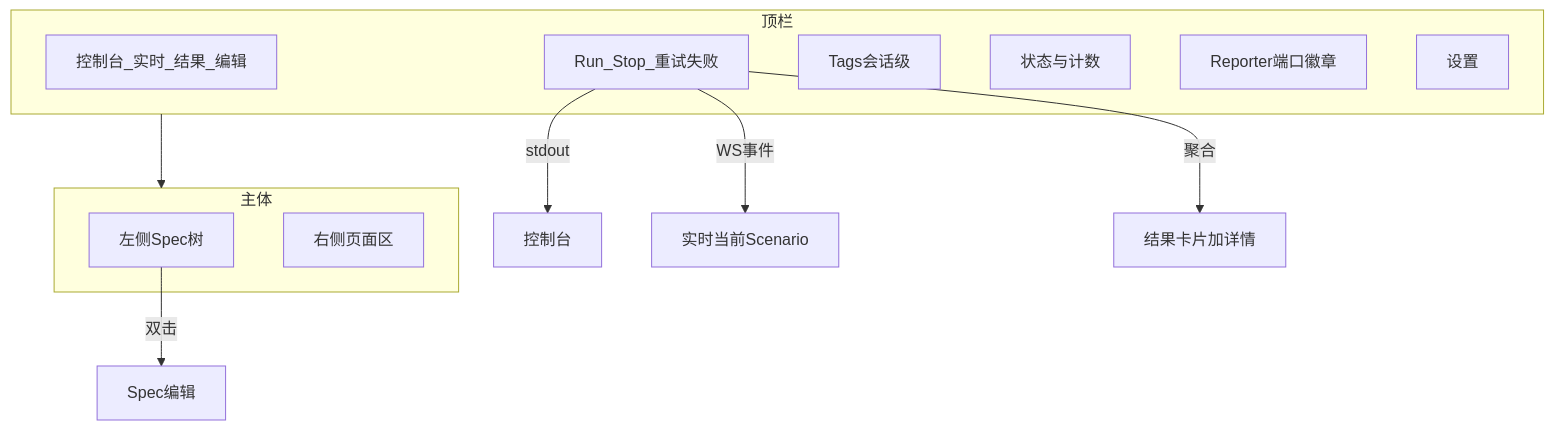
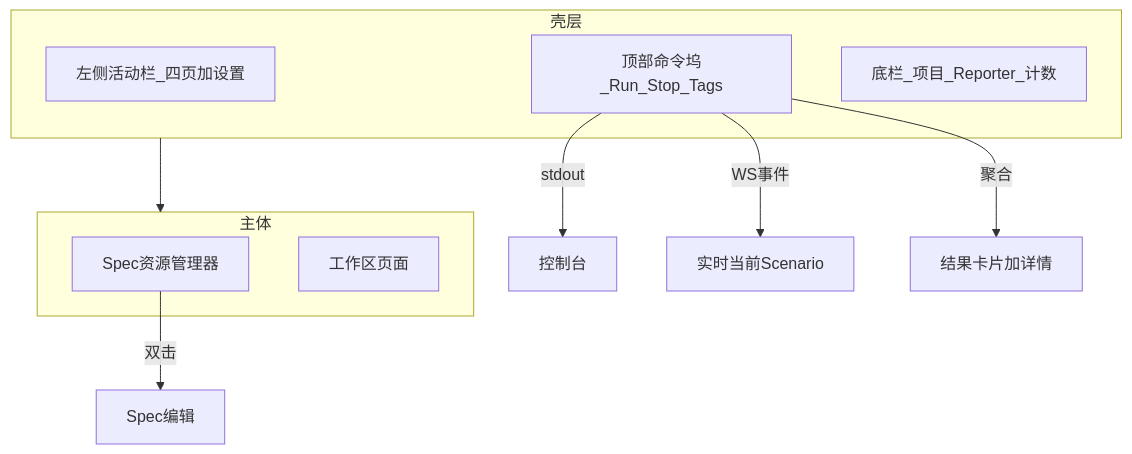
Before and after one commit to Linhanmic/GaugeStudio: the second of 3 diagrams in DESIGN.md, drawn with Mermaid. The commit also changed 15 other files, not shown here.

````diff
--- a/DESIGN.md
+++ b/DESIGN.md
@@ -62,20 +62,17 @@
 ```mermaid
 flowchart TB
-  subgraph chrome [顶栏]
-    Tabs[控制台_实时_结果_编辑]
-    RunStop[Run_Stop_重试失败]
-    Tags[Tags会话级]
-    Status[状态与计数]
-    Reporter[Reporter端口徽章]
-    Settings[设置]
+  subgraph chrome [壳层]
+    Rail[左侧活动栏_四页加设置]
+    Dock[顶部命令坞_Run_Stop_Tags]
+    Status[底栏_项目_Reporter_计数]
   end
   subgraph body [主体]
-    Tree[左侧Spec树]
-    Pages[右侧页面区]
+    Tree[Spec资源管理器]
+    Pages[工作区页面]
   end
   chrome --> body
   Tree -->|双击| Editor[Spec编辑]
-  RunStop -->|stdout| Console[控制台]
-  RunStop -->|WS事件| Live[实时当前Scenario]
-  RunStop -->|聚合| Results[结果卡片加详情]
+  Dock -->|stdout| Console[控制台]
+  Dock -->|WS事件| Live[实时当前Scenario]
+  Dock -->|聚合| Results[结果卡片加详情]
 ```
````
